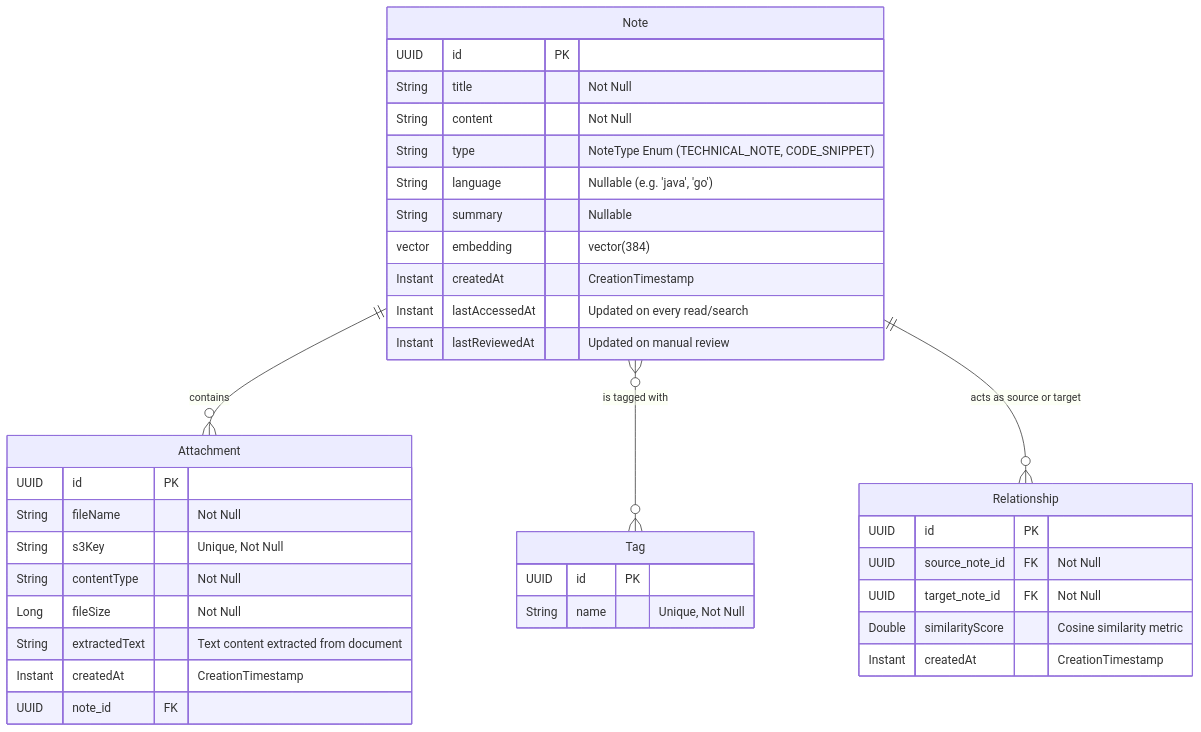
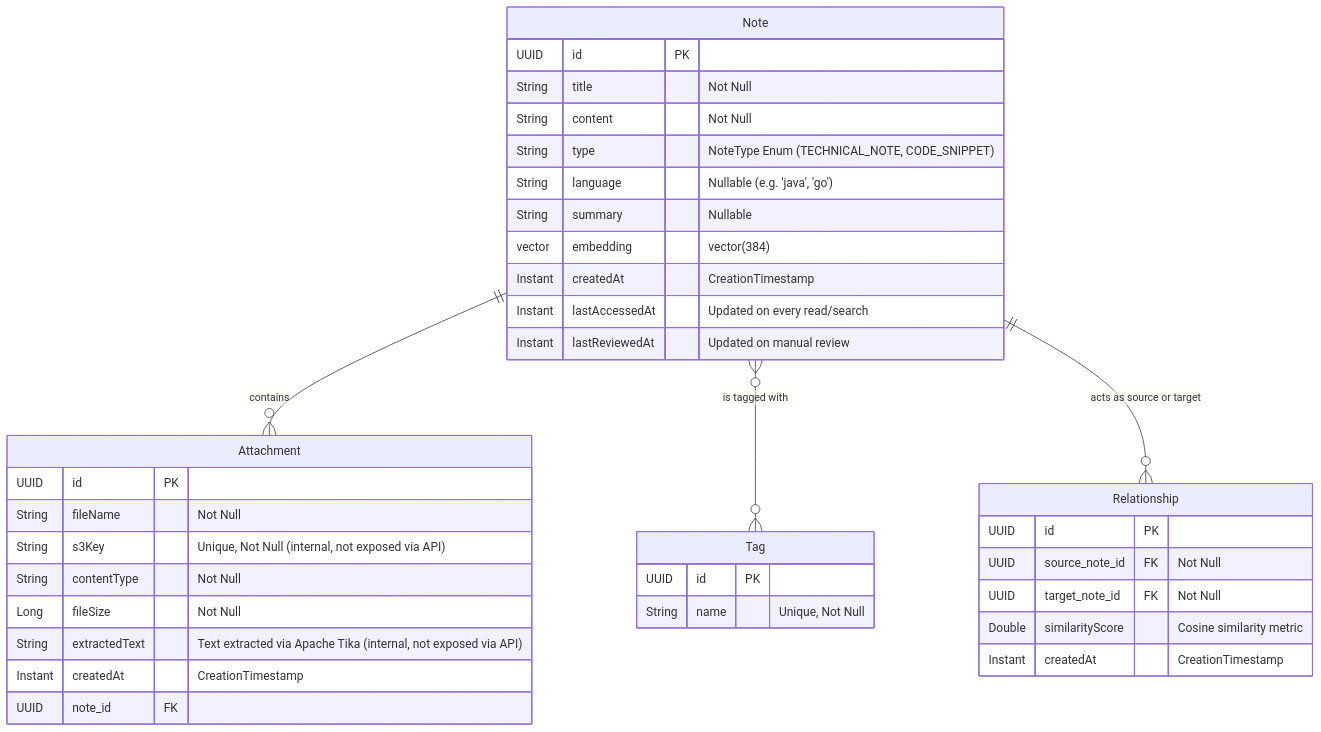
The second of 2 diagrams in ARCHITECTURE.md (pmfml/cognitive-vault), drawn with Mermaid before and after one commit. The commit also changed other lines of this file and 1 other file, not shown here.

Commit message:
docs: update ARCHITECTURE.md and README.md to reflect all security, event and testing improvements

````diff
--- a/ARCHITECTURE.md
+++ b/ARCHITECTURE.md
@@ -66,43 +80,43 @@
 ```mermaid
 erDiagram
     Note ||--o{ Attachment : "contains"
     Note }o--o{ Tag : "is tagged with"
     Note ||--o{ Relationship : "acts as source or target"
 
     Note {
         UUID id PK
         String title "Not Null"
         String content "Not Null"
         String type "NoteType Enum (TECHNICAL_NOTE, CODE_SNIPPET)"
         String language "Nullable (e.g. 'java', 'go')"
         String summary "Nullable"
         vector embedding "vector(384)"
         Instant createdAt "CreationTimestamp"
         Instant lastAccessedAt "Updated on every read/search"
         Instant lastReviewedAt "Updated on manual review"
     }
 
     Tag {
         UUID id PK
         String name "Unique, Not Null"
     }
 
     Attachment {
         UUID id PK
         String fileName "Not Null"
-        String s3Key "Unique, Not Null"
+        String s3Key "Unique, Not Null (internal, not exposed via API)"
         String contentType "Not Null"
         Long fileSize "Not Null"
-        String extractedText "Text content extracted from document"
+        String extractedText "Text extracted via Apache Tika (internal, not exposed via API)"
         Instant createdAt "CreationTimestamp"
         UUID note_id FK
     }
 
     Relationship {
         UUID id PK
         UUID source_note_id FK "Not Null"
         UUID target_note_id FK "Not Null"
         Double similarityScore "Cosine similarity metric"
         Instant createdAt "CreationTimestamp"
     }
 ```
````
